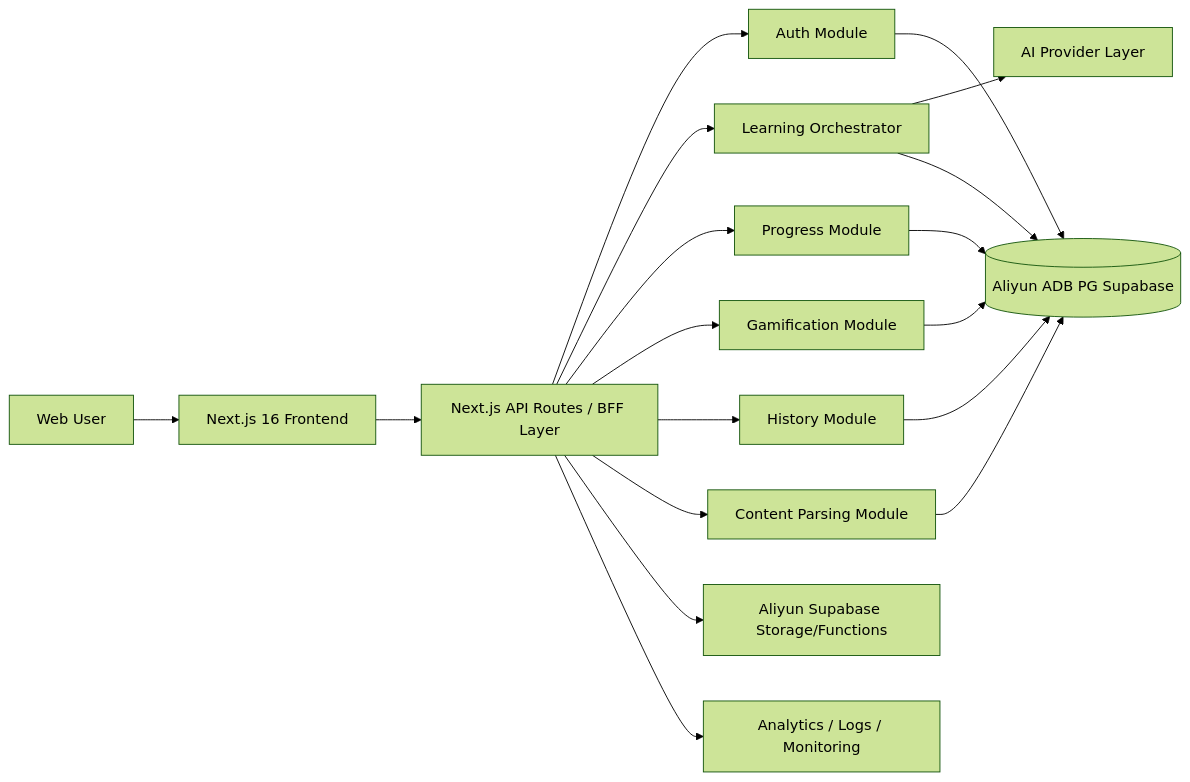
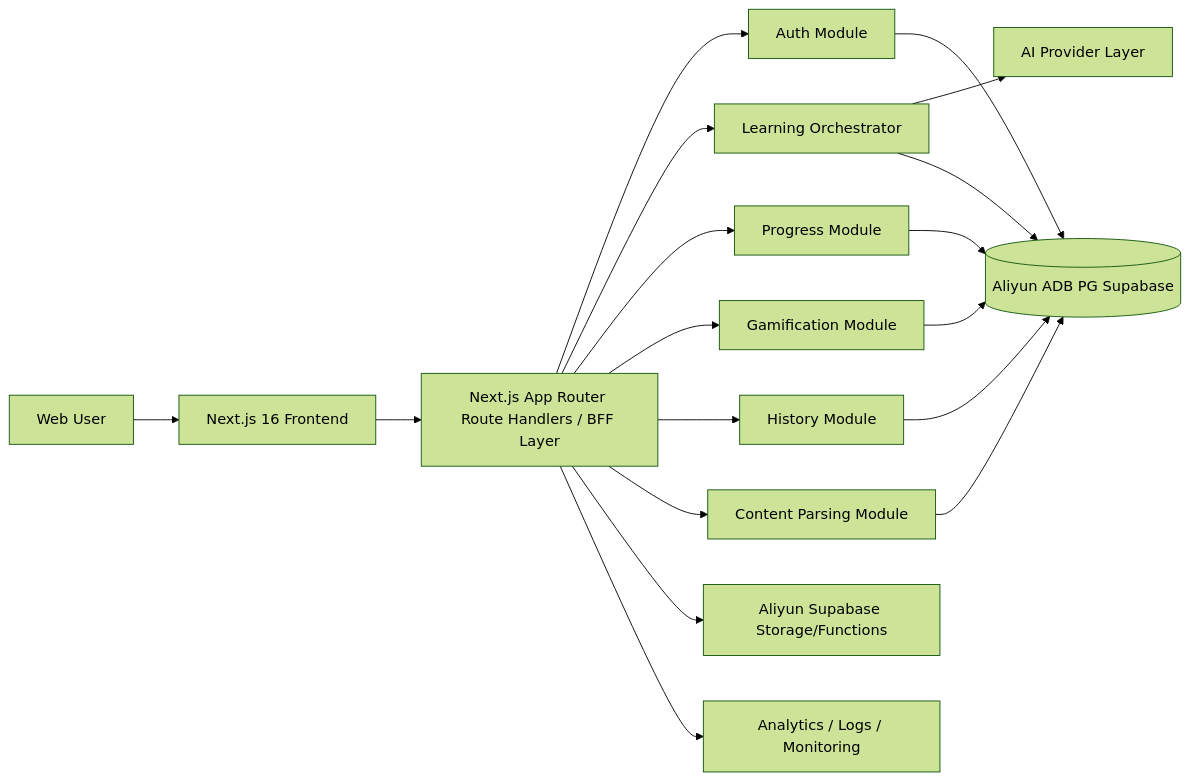
The first of 6 diagrams in docs/plans/2026-03-23-ai-coding-tutor-technical-architecture.md (ChengZhuo2025/codetutor), drawn with Mermaid (forest theme) before and after one commit. The commit also changed other lines of this file and 7 other files, not shown here.

````diff
--- a/docs/plans/2026-03-23-ai-coding-tutor-technical-architecture.md
+++ b/docs/plans/2026-03-23-ai-coding-tutor-technical-architecture.md
@@ -195,20 +221,20 @@
 ```mermaid
 flowchart LR
     U[Web User] --> FE[Next.js 16 Frontend]
-    FE --> BFF[Next.js API Routes / BFF Layer]
+    FE --> BFF[Next.js App Router Route Handlers / BFF Layer]
     BFF --> AUTH[Auth Module]
     BFF --> LEARN[Learning Orchestrator]
     BFF --> PROG[Progress Module]
     BFF --> GAME[Gamification Module]
     BFF --> HIST[History Module]
     BFF --> LINK[Content Parsing Module]
     LEARN --> AI[AI Provider Layer]
     AUTH --> DB[(Aliyun ADB PG Supabase)]
     LEARN --> DB
     PROG --> DB
     GAME --> DB
     HIST --> DB
     LINK --> DB
     BFF --> STORE[Aliyun Supabase Storage/Functions]
     BFF --> OBS[Analytics / Logs / Monitoring]
 ```
````
